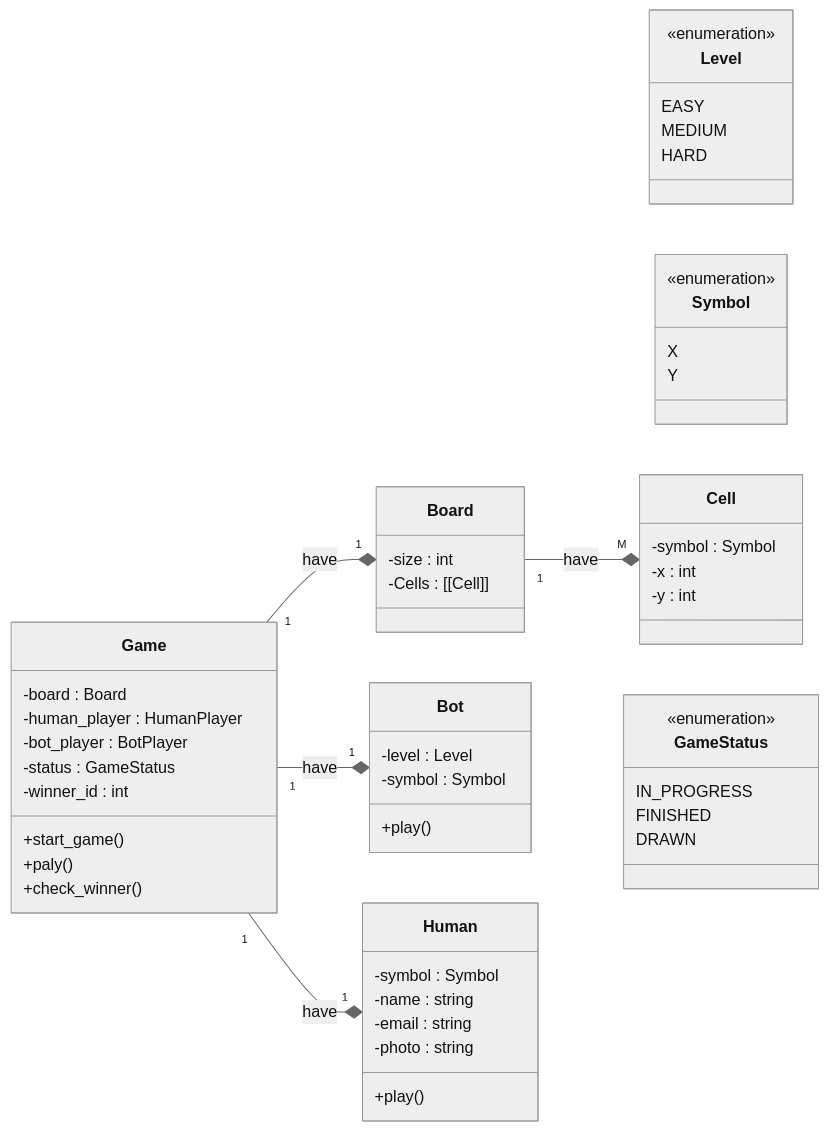
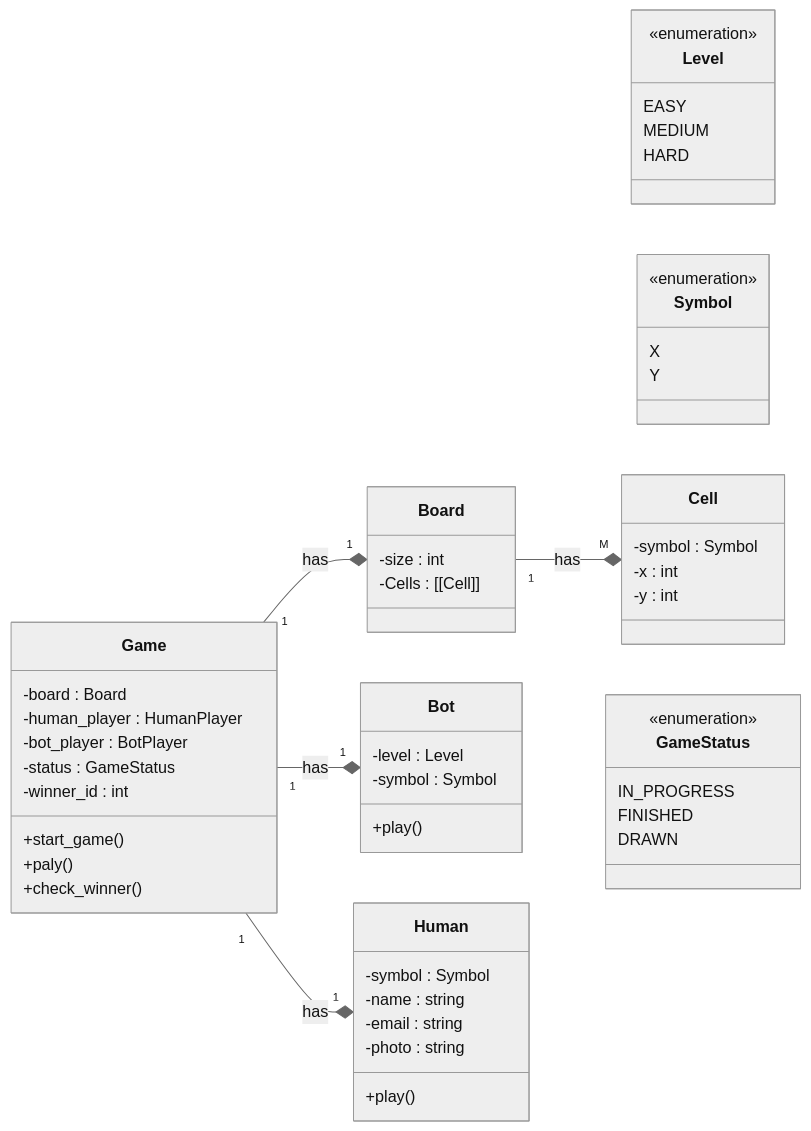
One commit to abheiie/interview changed the diagram in lld/tic-tac-toe/v1_class_diagram.md. Above: the diagram before and after it, drawn with Mermaid (neutral theme). The commit also changed 1 other file, not shown here.

Commit message:
working on lld tic tac toe

````diff
--- a/lld/tic-tac-toe/v1_class_diagram.md
+++ b/lld/tic-tac-toe/v1_class_diagram.md
@@ -3,65 +3,65 @@
 ```mermaid 
 classDiagram
 direction RL
 class Game{
     -board : Board
     -human_player : HumanPlayer
     -bot_player : BotPlayer
     -status : GameStatus
     -winner_id : int
     +start_game()
     +paly()
     +check_winner()
 }
 
 class Board{
     -size : int
     -Cells : [[Cell]]
 }
 
 class Level{
     <<enumeration>>
     EASY
     MEDIUM
     HARD
 }
 
 class Bot{
     -level : Level
     -symbol : Symbol
     +play()
 }
 
 class Human{
     -symbol : Symbol
     -name : string
     -email : string
     -photo : string
     +play()
 }
 
 class Symbol{
     <<enumeration>>
     X
     Y
 }
 
 class Cell{
     -symbol : Symbol
     -x : int
     -y : int 
 }
 
 class GameStatus{
     <<enumeration>>
     IN_PROGRESS
     FINISHED
     DRAWN
 }
 
-Board "1" *-- "1" Game : have
-Cell "M" *-- "1" Board : have
-Bot "1" *-- "1" Game : have
-Human "1" *-- "1" Game : have
+Board "1" *-- "1" Game : has
+Cell "M" *-- "1" Board : has
+Bot "1" *-- "1" Game : has
+Human "1" *-- "1" Game : has
 
 ```
````
